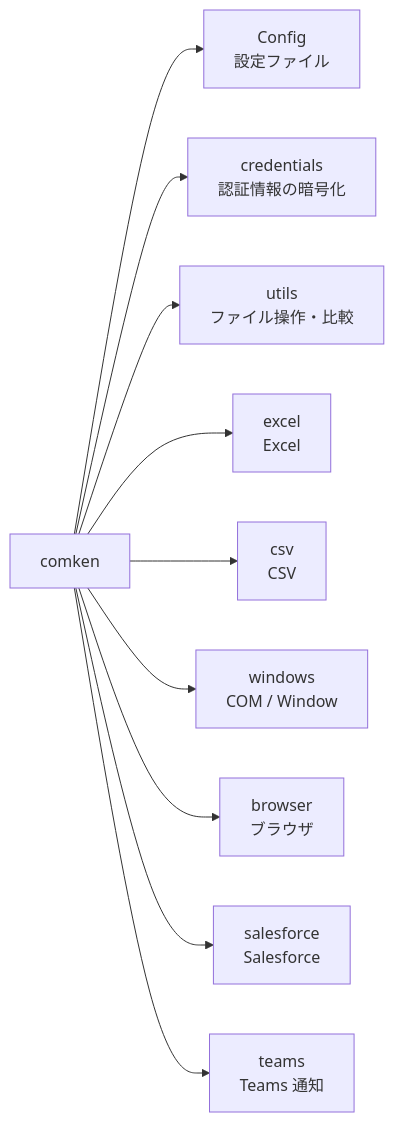
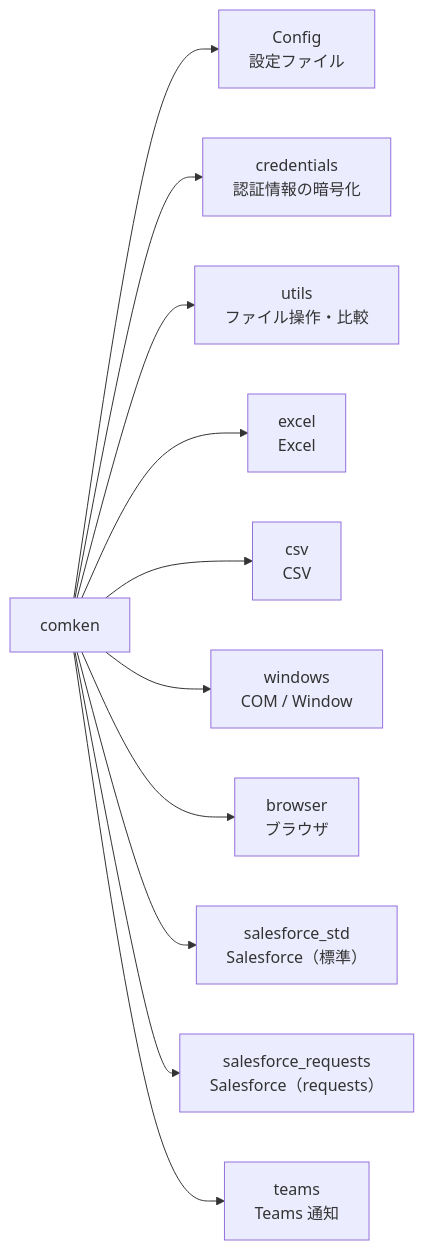
The first of 5 diagrams in README.md (tenniscorecom/original_libs), drawn with Mermaid before and after one commit. The commit also changed other lines of this file, not shown here.

First line of the commit message:
README: Salesforce 分割・credentials GUI に合わせて更新

````diff
--- a/README.md
+++ b/README.md
@@ -1095,12 +1125,13 @@
 ```mermaid
 graph LR
     comken --> config["Config\n設定ファイル"]
     comken --> credentials["credentials\n認証情報の暗号化"]
     comken --> utils["utils\nファイル操作・比較"]
     comken --> excel["excel\nExcel"]
     comken --> csv["csv\nCSV"]
     comken --> windows["windows\nCOM / Window"]
     comken --> browser["browser\nブラウザ"]
-    comken --> salesforce["salesforce\nSalesforce"]
+    comken --> salesforce_std["salesforce_std\nSalesforce（標準）"]
+    comken --> salesforce_requests["salesforce_requests\nSalesforce（requests）"]
     comken --> teams["teams\nTeams 通知"]
 ```
````
